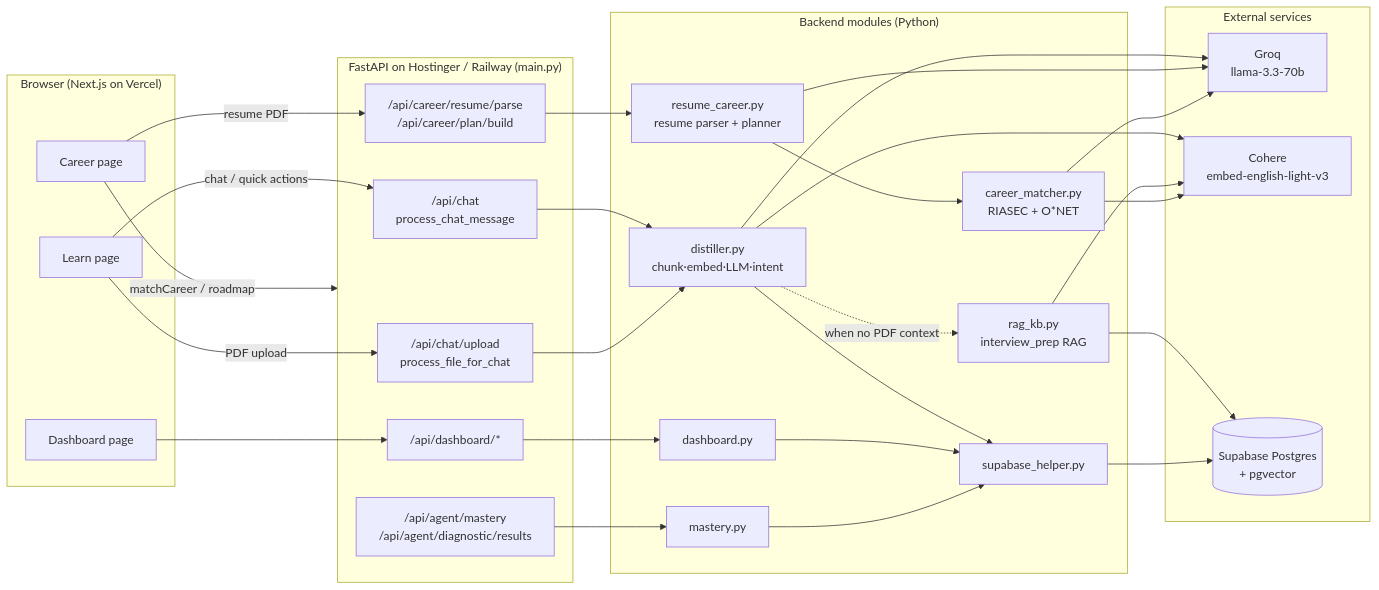
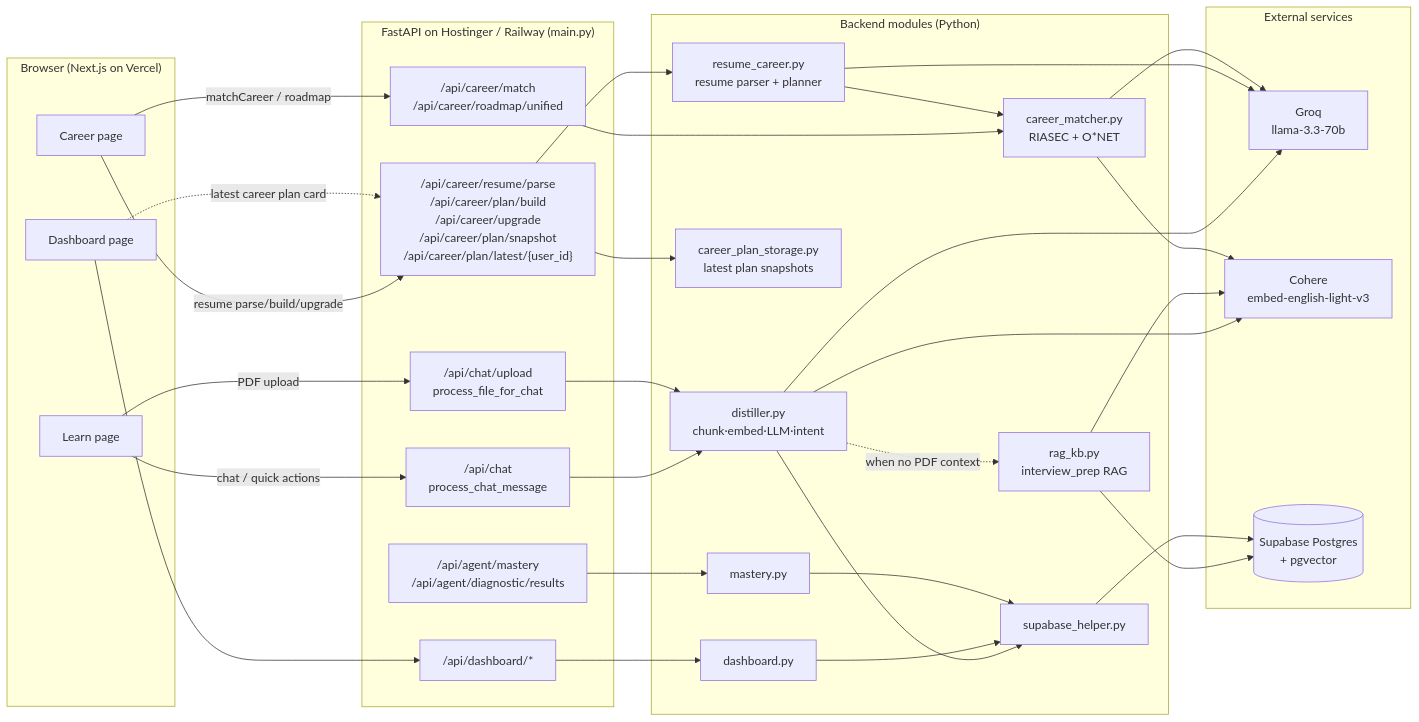
One commit to rahul370139/easylearn changed the first of 4 diagrams in backend/ARCHITECTURE.md. Above: the diagram before and after it, drawn with Mermaid. The commit also changed other lines of this file and 13 other files, not shown here.

````diff
--- a/backend/ARCHITECTURE.md
+++ b/backend/ARCHITECTURE.md
@@ -9,58 +9,63 @@
 ```mermaid
 flowchart LR
     subgraph Browser["Browser (Next.js on Vercel)"]
         LP[Learn page]
         CP[Career page]
         DP[Dashboard page]
     end
 
     subgraph API["FastAPI on Hostinger / Railway (main.py)"]
         CHAT["/api/chat<br/>process_chat_message"]
         UPLOAD["/api/chat/upload<br/>process_file_for_chat"]
-        RESUME["/api/career/resume/parse<br/>/api/career/plan/build"]
+        RESUME["/api/career/resume/parse<br/>/api/career/plan/build<br/>/api/career/upgrade<br/>/api/career/plan/snapshot<br/>/api/career/plan/latest/{user_id}"]
+        CAREER["/api/career/match<br/>/api/career/roadmap/unified"]
         DASH["/api/dashboard/*"]
         AGENT["/api/agent/mastery<br/>/api/agent/diagnostic/results"]
     end
 
     subgraph Modules["Backend modules (Python)"]
         DIST[distiller.py<br/>chunk·embed·LLM·intent]
         RAG[rag_kb.py<br/>interview_prep RAG]
         RES[resume_career.py<br/>resume parser + planner]
         CM[career_matcher.py<br/>RIASEC + O*NET]
+        CPS[career_plan_storage.py<br/>latest plan snapshots]
         DASHM[dashboard.py]
         SH[supabase_helper.py]
         MAST[mastery.py]
     end
 
     subgraph External["External services"]
         GROQ[Groq<br/>llama-3.3-70b]
         COH[Cohere<br/>embed-english-light-v3]
         SB[(Supabase Postgres<br/>+ pgvector)]
     end
 
     LP -->|chat / quick actions| CHAT
     LP -->|PDF upload| UPLOAD
-    CP -->|resume PDF| RESUME
-    CP -->|matchCareer / roadmap| API
+    CP -->|resume parse/build/upgrade| RESUME
+    CP -->|matchCareer / roadmap| CAREER
     DP --> DASH
+    DP -.->|latest career plan card| RESUME
 
     CHAT --> DIST
     UPLOAD --> DIST
     RESUME --> RES
+    CAREER --> CM
+    RESUME --> CPS
     DASH --> DASHM
     AGENT --> MAST
 
     DIST --> GROQ
     DIST --> COH
     DIST --> SH
     DIST -.->|when no PDF context| RAG
     RES --> GROQ
     RES --> CM
     RAG --> COH
     RAG --> SB
     CM --> COH
     CM --> GROQ
     SH --> SB
     DASHM --> SH
     MAST --> SH
 ```
````
